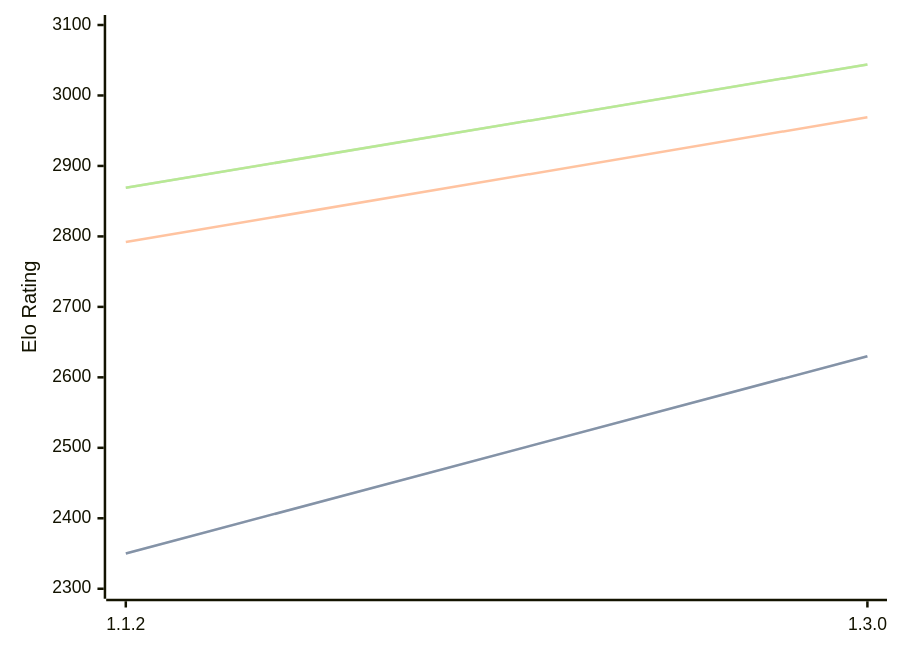
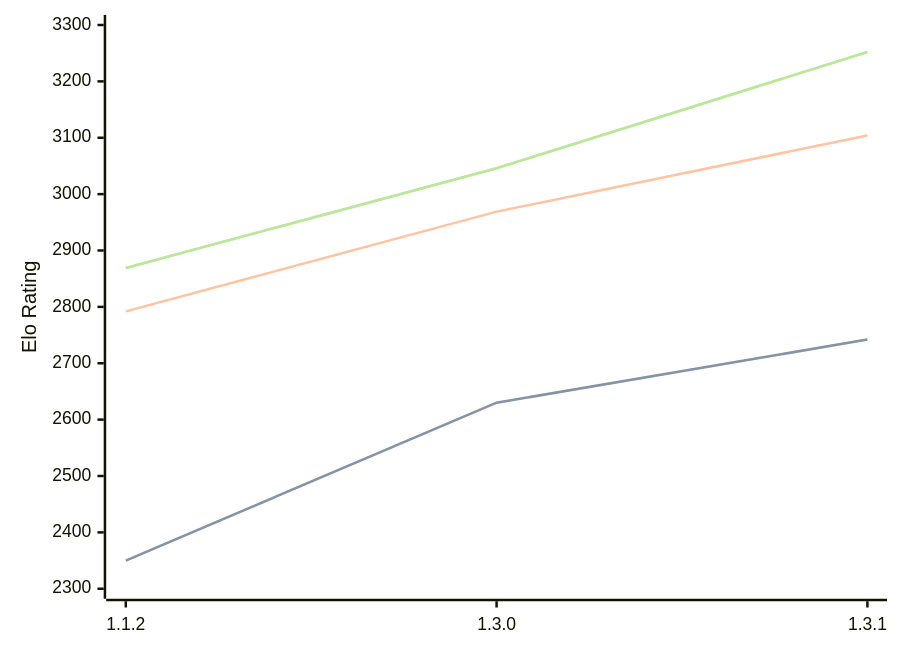
The diagram in engines/Ember.md (computer-chess-index/cci), drawn with Mermaid before and after one commit. The commit also changed other lines of this file, not shown here.

Commit message:
Update CCI Ratings (ELO VLTC) - 2026-09-23

````diff
--- a/engines/Ember.md
+++ b/engines/Ember.md
@@ -42,11 +42,11 @@
 ```mermaid
 %%{init: {"theme":"base","themeVariables":{"seriesColors:['#a3a3a3','#222221','#faa371']}}}%%
 xychart-beta
-  x-axis ["1.1.2", "1.3.0"]
-  y-axis "Elo Rating" 2300 --> 3100
-  line "" [2350, 2630]
-  line "STC (8.0+0.08s)" [2350, 2630]
-  line "LTC (60.0+0.60s)" [2792, 2969]
-  line "" [2869, 3044]
-  line "VLTC (2m24s+1.12s)" [2869, 3044]
+  x-axis ["1.1.2", "1.3.0", "1.3.1"]
+  y-axis "Elo Rating" 2300 --> 3300
+  line "" [2350, 2630, 2742]
+  line "STC (8.0+0.08s)" [2350, 2630, 2742]
+  line "LTC (60.0+0.60s)" [2792, 2969, 3104]
+  line "" [2869, 3046, 3252]
+  line "VLTC (2m24s+1.12s)" [2869, 3046, 3252]
 ```
````
